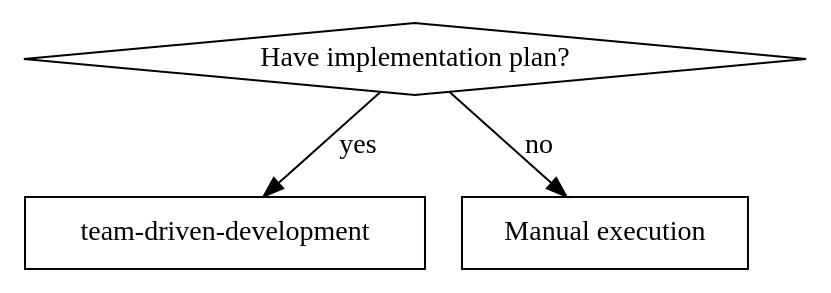
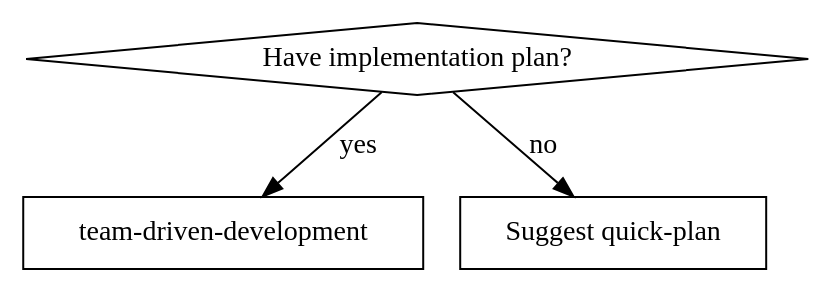
The first of 2 diagrams in skills/team-driven-development/SKILL.md (rat-siem/team-driven-development), drawn with Graphviz before and after one commit. The commit also changed other lines of this file, not shown here.

Commit message:
feat: add quick-plan routing to team-driven-development When to Use

````diff
--- a/skills/team-driven-development/SKILL.md
+++ b/skills/team-driven-development/SKILL.md
@@ -16,10 +16,10 @@
 ```dot
 digraph when_to_use {
     "Have implementation plan?" [shape=diamond];
     "team-driven-development" [shape=box];
-    "Manual execution" [shape=box];
+    "Suggest quick-plan" [shape=box];
 
     "Have implementation plan?" -> "team-driven-development" [label="yes"];
-    "Have implementation plan?" -> "Manual execution" [label="no"];
+    "Have implementation plan?" -> "Suggest quick-plan" [label="no"];
 }
 ```
````
